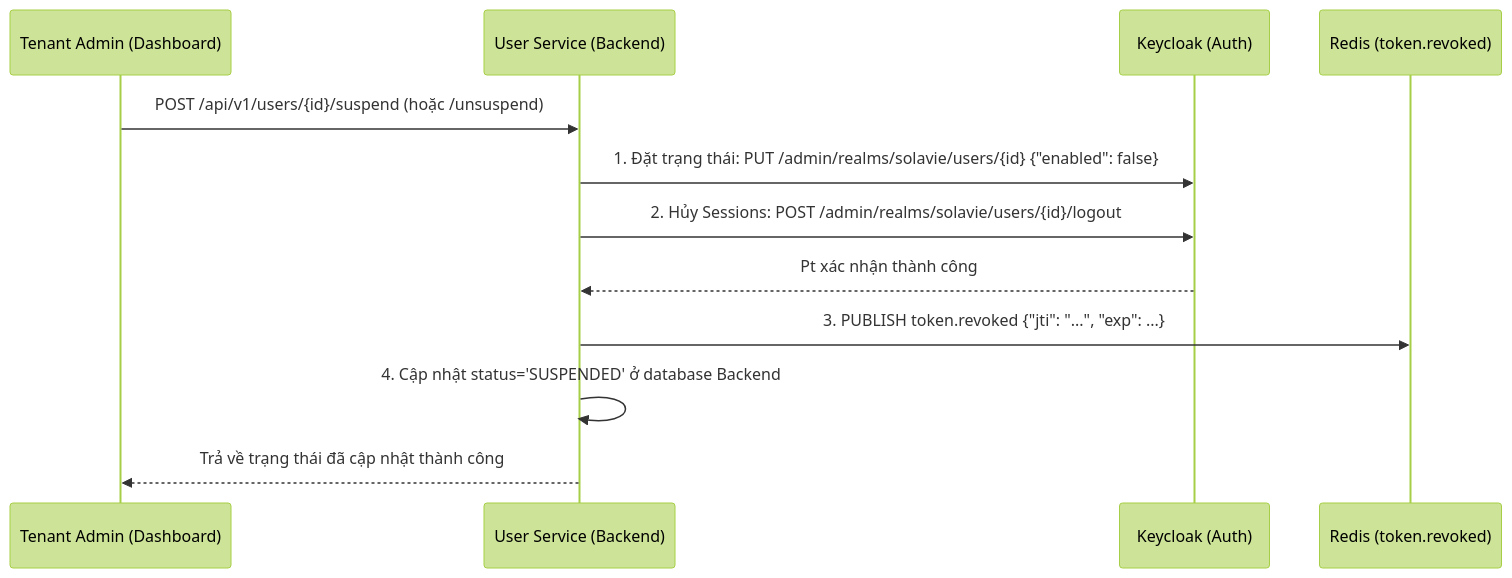
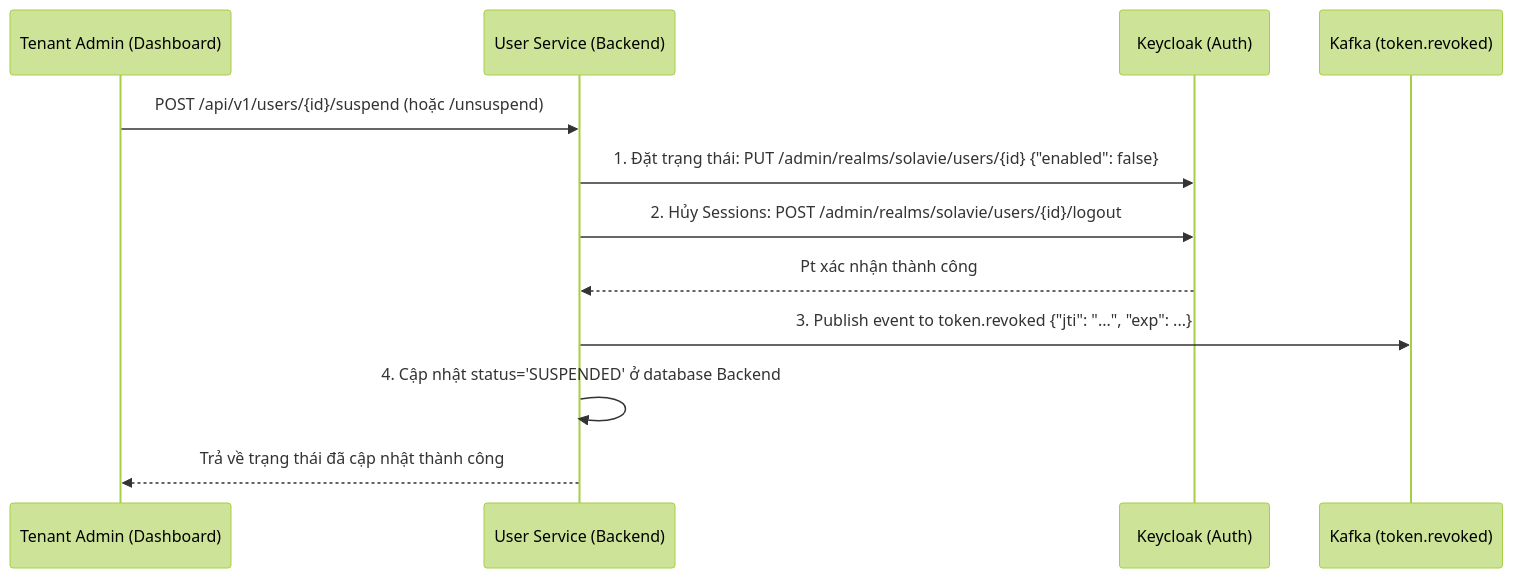
Before and after one commit to hugg4u/solavie-platform: the second of 4 diagrams in specs/services/user/design.md, drawn with Mermaid (forest theme). The commit also changed other lines of this file and 33 other files, not shown here.

Commit message:
docs: update architecture and service specs for 6 kafka event-driven flows

````diff
--- a/specs/services/user/design.md
+++ b/specs/services/user/design.md
@@ -160,15 +160,15 @@
 ```mermaid
 sequenceDiagram
     participant Admin as Tenant Admin (Dashboard)
     participant US as User Service (Backend)
     participant KC as Keycloak (Auth)
-    participant Redis as Redis (token.revoked)
+    participant Kafka as Kafka (token.revoked)
 
     Admin->>US: POST /api/v1/users/{id}/suspend (hoặc /unsuspend)
     US->>KC: 1. Đặt trạng thái: PUT /admin/realms/solavie/users/{id} {"enabled": false}
     US->>KC: 2. Hủy Sessions: POST /admin/realms/solavie/users/{id}/logout
     KC-->>US: Pt xác nhận thành công
-    US->>Redis: 3. PUBLISH token.revoked {"jti": "...", "exp": ...}
+    US->>Kafka: 3. Publish event to token.revoked {"jti": "...", "exp": ...}
     US->>US: 4. Cập nhật status='SUSPENDED' ở database Backend
     US-->>Admin: Trả về trạng thái đã cập nhật thành công
 ```
````
